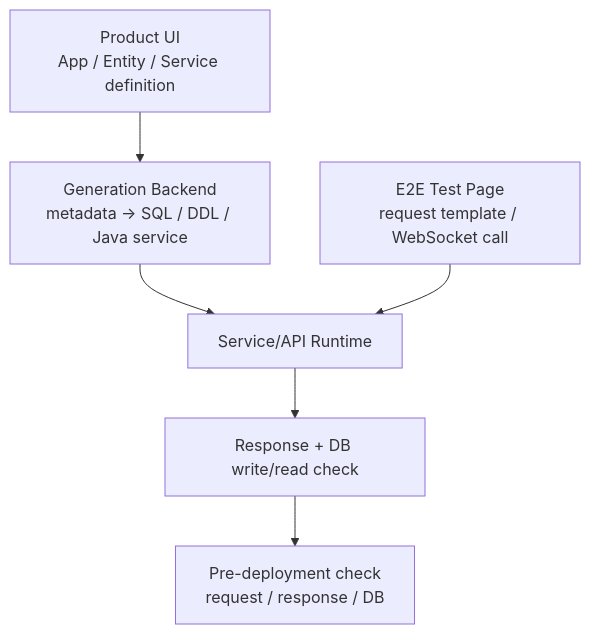
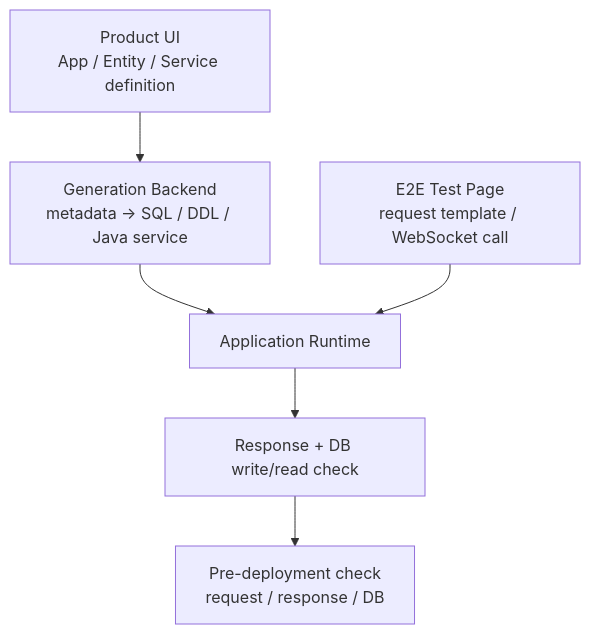
One commit to zmrdltl/portfolio changed the first of 2 diagrams in docs/experience/tmaxcloud.en.md. Above: the diagram before and after it, drawn with Mermaid. The commit also changed other lines of this file and 15 other files, not shown here.

````diff
--- a/docs/experience/tmaxcloud.en.md
+++ b/docs/experience/tmaxcloud.en.md
@@ -28,15 +28,15 @@
 ```mermaid
 flowchart TD
   ui["Product UI\nApp / Entity / Service definition"]
   generator["Generation Backend\nmetadata -> SQL / DDL / Java service"]
-  runtime["Service/API Runtime"]
+  runtime["Application Runtime"]
   tester["E2E Test Page\nrequest template / WebSocket call"]
   validation["Response + DB write/read check"]
   gate["Pre-deployment check\nrequest / response / DB"]
 
   ui --> generator
   generator --> runtime
   tester --> runtime
   runtime --> validation
   validation --> gate
 ```
````
